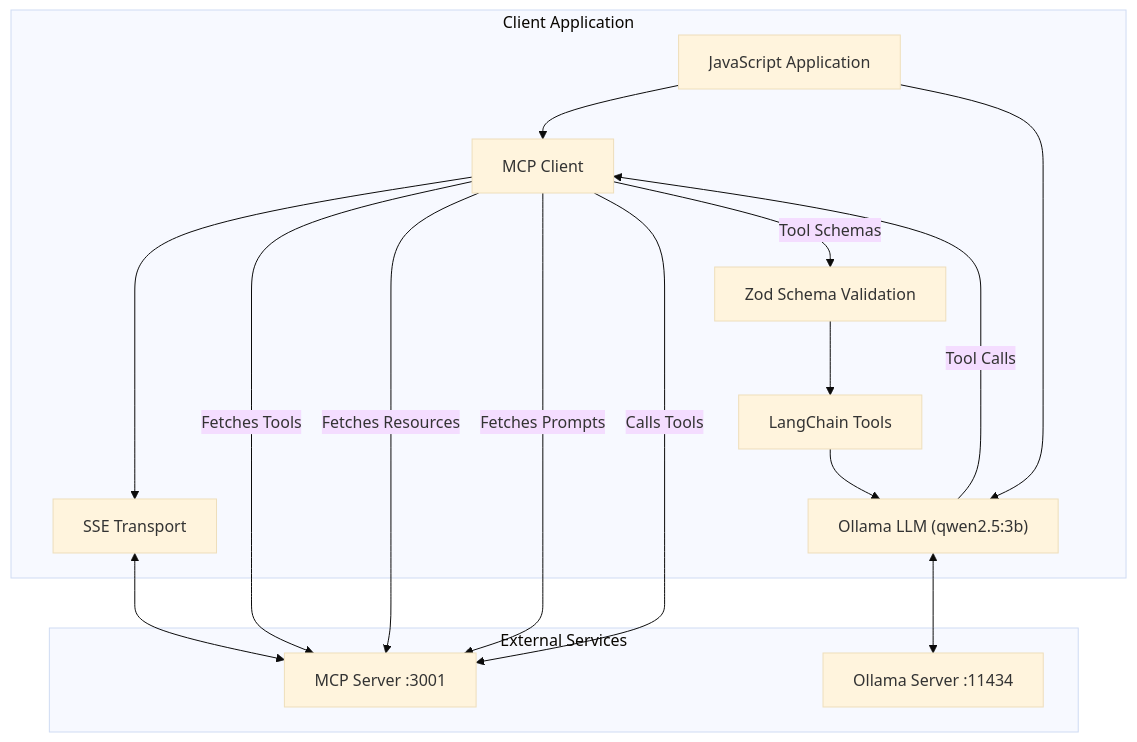
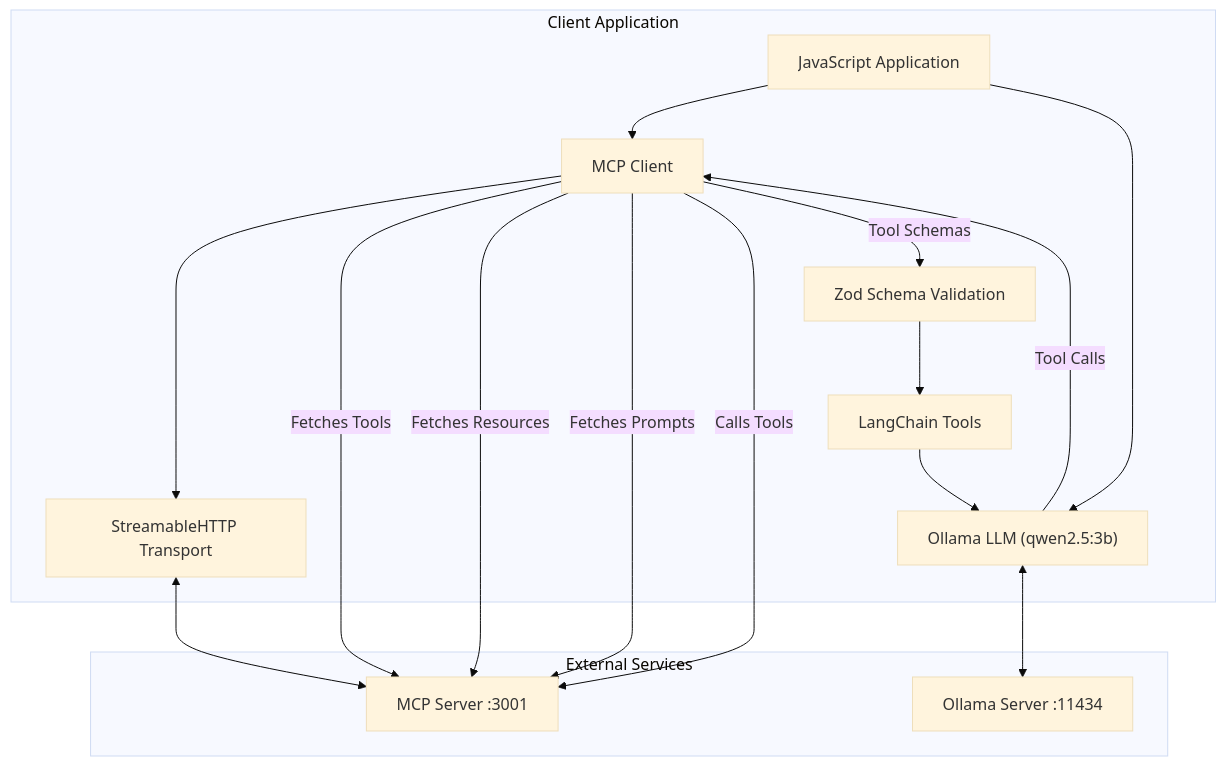
One commit to sea-monkeys/WASImancer changed the first of 3 diagrams in examples/roll-dice-project/README.md. Above: the diagram before and after it, drawn with Mermaid (base theme). The commit also changed other lines of this file and 27 other files, not shown here.

Commit message:
✨ Introduce new feature(s): Replace SSE transport with StreamableHTTP transport

````diff
--- a/examples/roll-dice-project/README.md
+++ b/examples/roll-dice-project/README.md
@@ -198,34 +199,34 @@
 ```mermaid
 flowchart TB
     subgraph "Client Application"
         App["JavaScript Application"]
         MCPClient["MCP Client"]
-        Transport["SSE Transport"]
+        Transport["StreamableHTTP Transport"]
         LLM["Ollama LLM (qwen2.5:3b)"]
         Zod["Zod Schema Validation"]
         LangchainTools["LangChain Tools"]
     end
 
     subgraph "External Services"
         MCPServer["MCP Server :3001"]
         OllamaServer["Ollama Server :11434"]
     end
 
     App --> MCPClient
     MCPClient --> Transport
     Transport <--> MCPServer
     
     MCPClient -- "Fetches Tools" --> MCPServer
     MCPClient -- "Fetches Resources" --> MCPServer
     MCPClient -- "Fetches Prompts" --> MCPServer
     MCPClient -- "Calls Tools" --> MCPServer
     
     App --> LLM
     LLM <--> OllamaServer
     
     MCPClient -- "Tool Schemas" --> Zod
     Zod --> LangchainTools
     LangchainTools --> LLM
     
     LLM -- "Tool Calls" --> MCPClient
 ```
````
